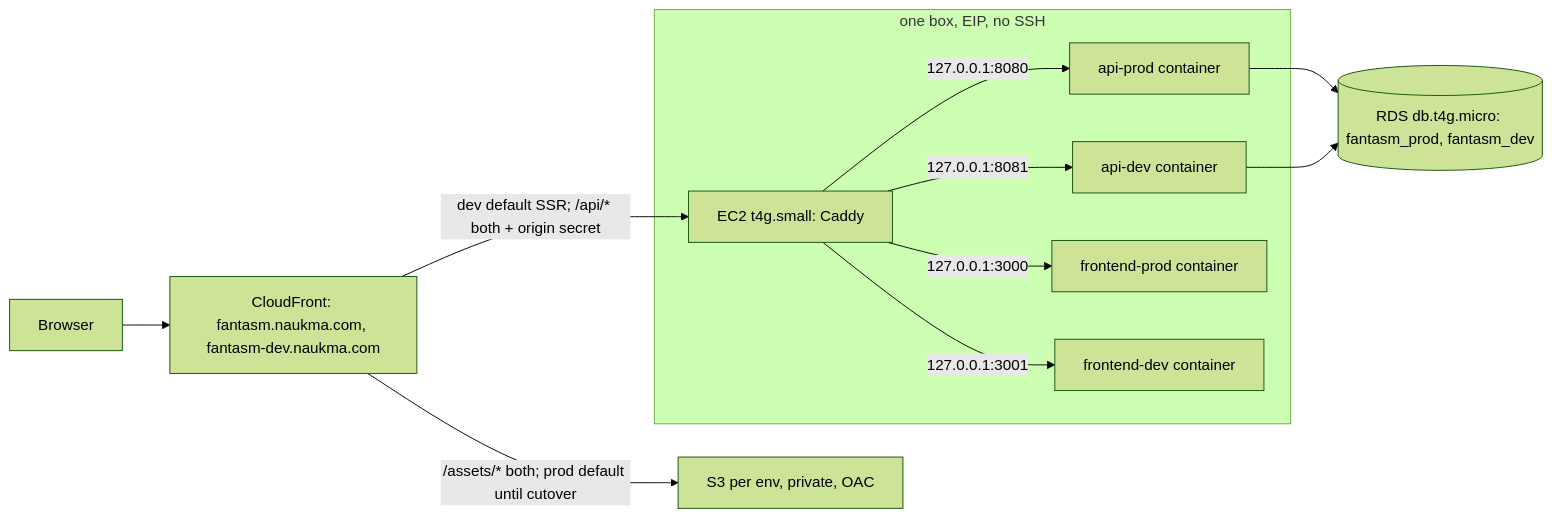
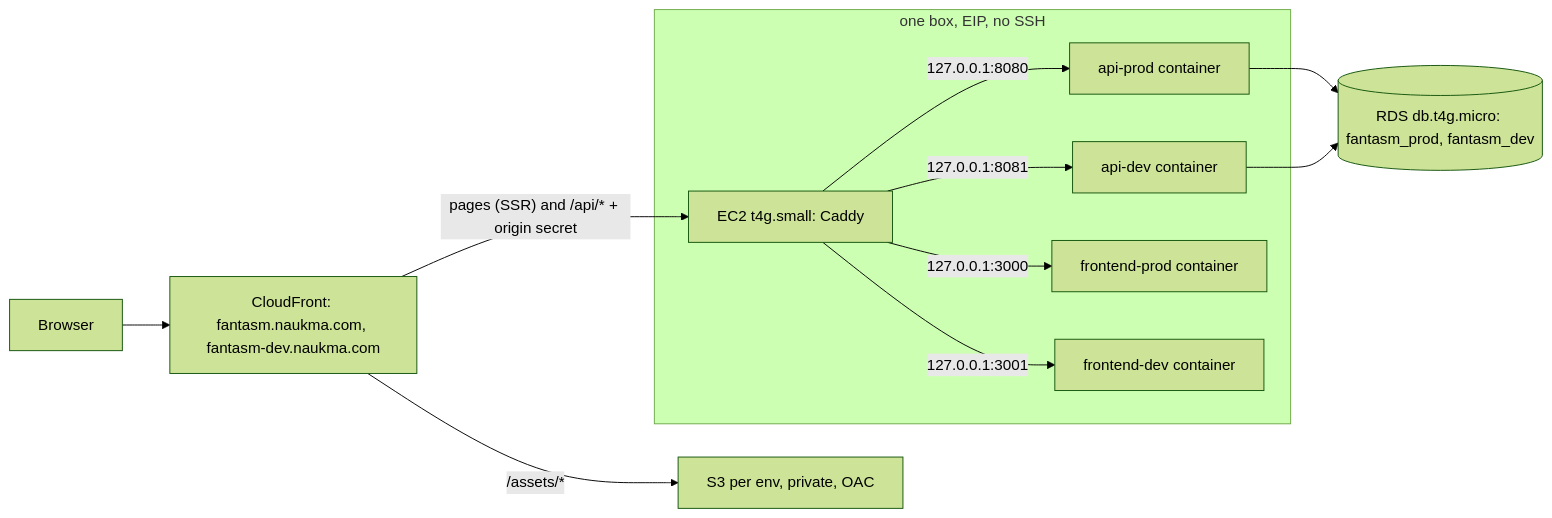
One commit to LitvinchukRoman/fantasm changed the diagram in infra/terraform/README.md. Above: the diagram before and after it, drawn with Mermaid (forest theme). The commit also changed other lines of this file and 11 other files, not shown here.

First line of the commit message:
infra: serve prod through Node SSR like dev (#31)

````diff
--- a/infra/terraform/README.md
+++ b/infra/terraform/README.md
@@ -14,14 +14,14 @@
 ```mermaid
 flowchart LR
   user[Browser] --> cf["CloudFront: fantasm.naukma.com, fantasm-dev.naukma.com"]
-  cf -->|"/assets/* both; prod default until cutover"| s3["S3 per env, private, OAC"]
-  cf -->|"dev default SSR; /api/* both + origin secret"| caddy["EC2 t4g.small: Caddy"]
+  cf -->|"/assets/*"| s3["S3 per env, private, OAC"]
+  cf -->|"pages (SSR) and /api/* + origin secret"| caddy["EC2 t4g.small: Caddy"]
   subgraph ec2 [one box, EIP, no SSH]
     caddy -->|"127.0.0.1:8080"| apiProd["api-prod container"]
     caddy -->|"127.0.0.1:8081"| apiDev["api-dev container"]
     caddy -->|"127.0.0.1:3000"| feProd["frontend-prod container"]
     caddy -->|"127.0.0.1:3001"| feDev["frontend-dev container"]
   end
   apiProd --> rds[("RDS db.t4g.micro: fantasm_prod, fantasm_dev")]
   apiDev --> rds
 ```
````
